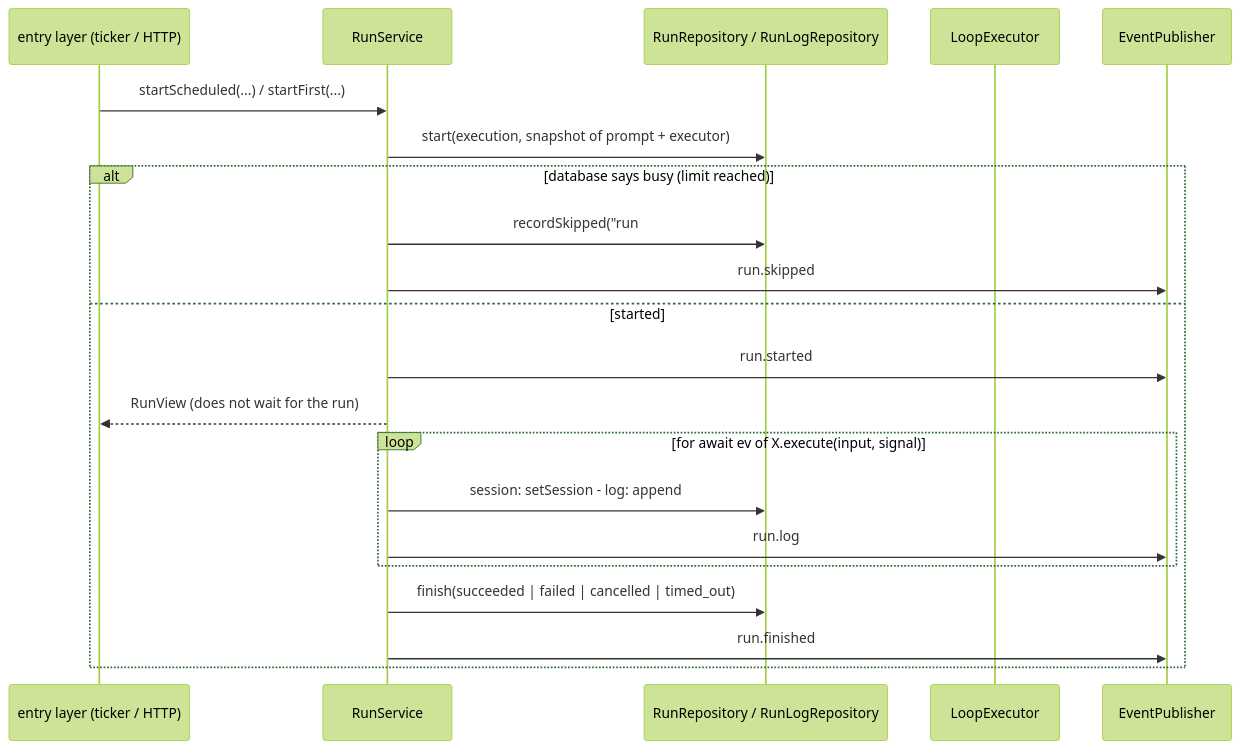
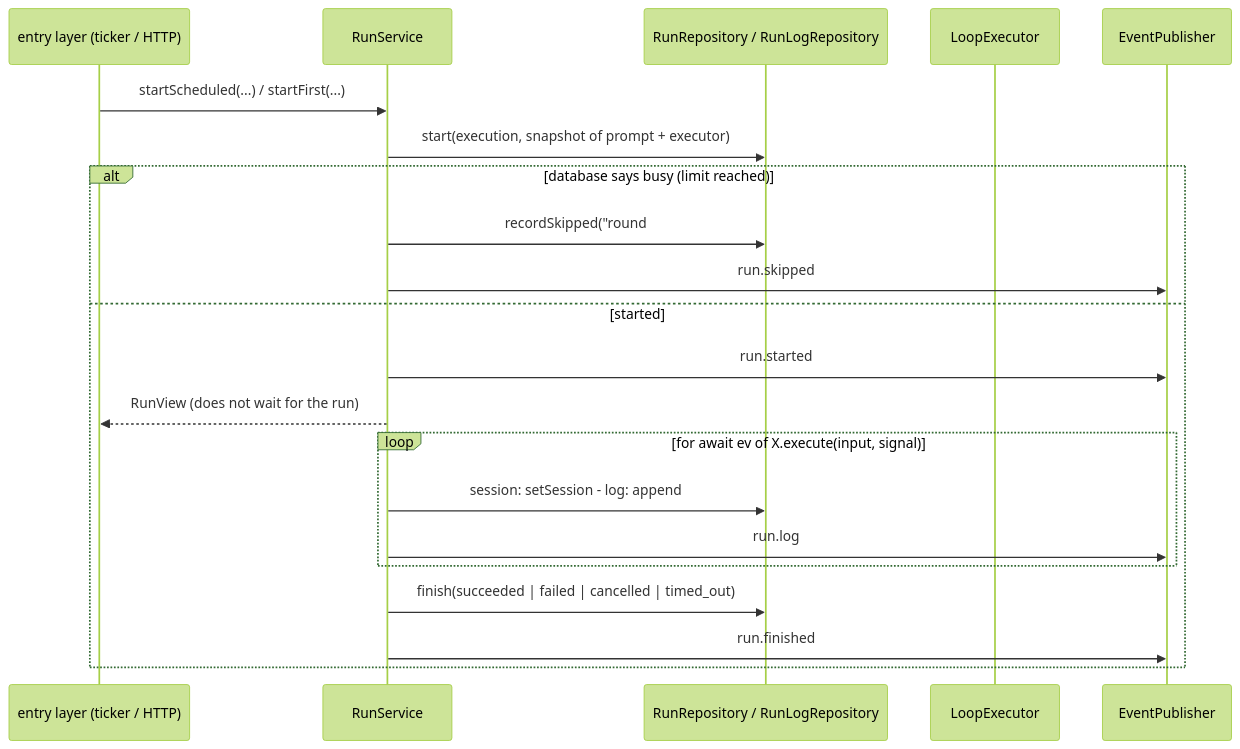
One commit to hieplam/castraferrum changed the second of 2 diagrams in docs/ARCHITECTURE.md. Above: the diagram before and after it, drawn with Mermaid (forest theme). The commit also changed other lines of this file and 14 other files, not shown here.

````diff
--- a/docs/ARCHITECTURE.md
+++ b/docs/ARCHITECTURE.md
@@ -189,23 +189,23 @@
 ```mermaid
 sequenceDiagram
   participant E as entry layer (ticker / HTTP)
   participant R as RunService
   participant DB as RunRepository / RunLogRepository
   participant X as LoopExecutor
   participant B as EventPublisher
   E->>R: startScheduled(...) / startFirst(...)
   R->>DB: start(execution, snapshot of prompt + executor)
   alt database says busy (limit reached)
-    R->>DB: recordSkipped("run #N still running")
+    R->>DB: recordSkipped("round #N still running")
     R->>B: run.skipped
   else started
     R->>B: run.started
     R-->>E: RunView (does not wait for the run)
     loop for await ev of X.execute(input, signal)
       R->>DB: session: setSession - log: append
       R->>B: run.log
     end
     R->>DB: finish(succeeded | failed | cancelled | timed_out)
     R->>B: run.finished
   end
 ```
````
